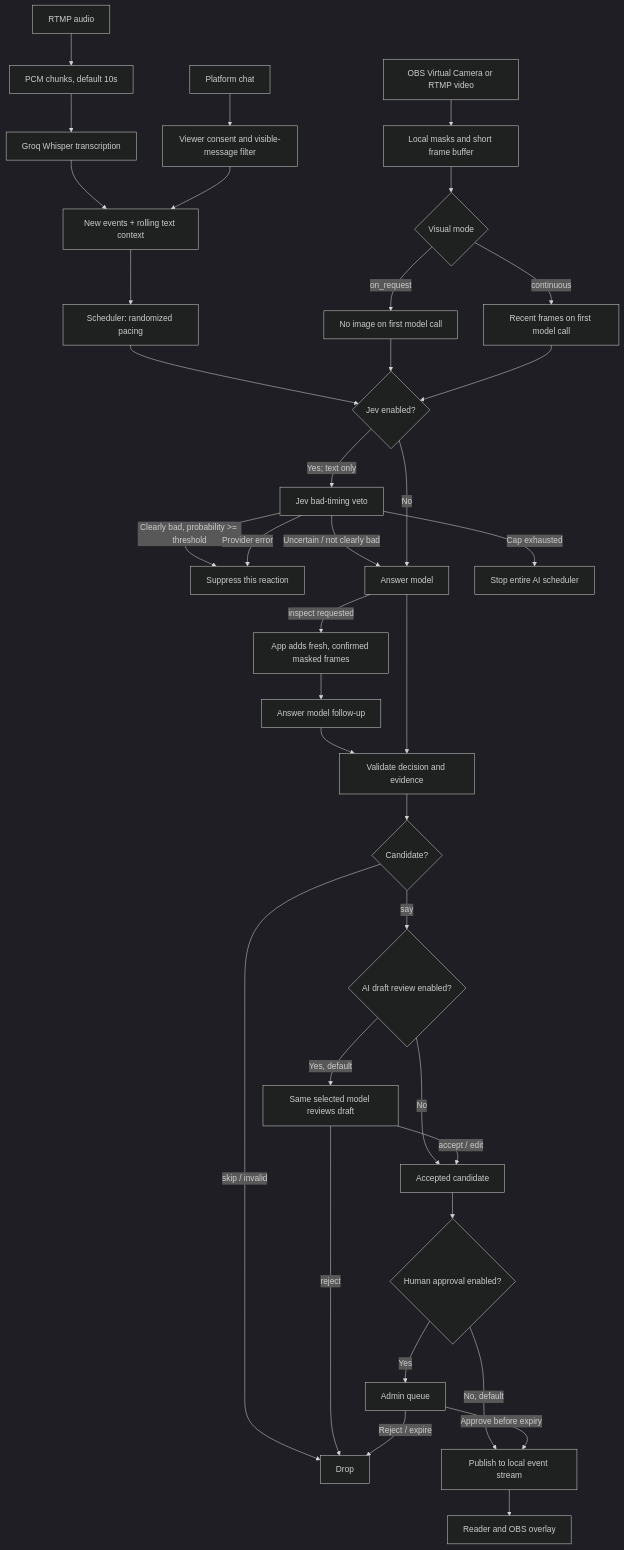
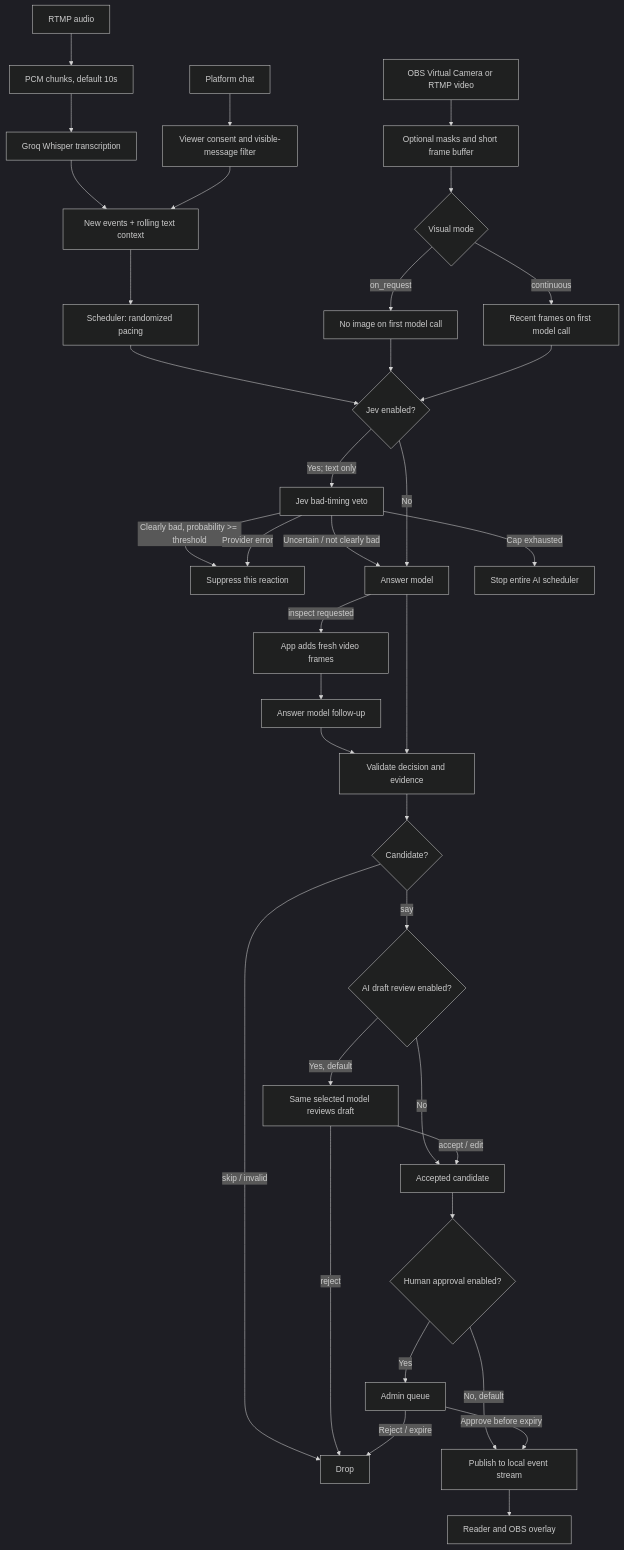
One commit to lllllrad/ai-fake-viewer changed the diagram in AI_FLOW.md. Above: the diagram before and after it, drawn with Mermaid (dark theme). The commit also changed other lines of this file and 20 other files, not shown here.

````diff
--- a/AI_FLOW.md
+++ b/AI_FLOW.md
@@ -15,39 +15,39 @@
 ```mermaid
 flowchart TD
   A[RTMP audio] --> B[PCM chunks, default 10s]
   B --> C[Groq Whisper transcription]
   D[Platform chat] --> E[Viewer consent and visible-message filter]
   C --> F[New events + rolling text context]
   E --> F
-  G[OBS Virtual Camera or RTMP video] --> H[Local masks and short frame buffer]
+  G[OBS Virtual Camera or RTMP video] --> H[Optional masks and short frame buffer]
   F --> I[Scheduler: randomized pacing]
   H --> J{Visual mode}
   J -->|on_request| K[No image on first model call]
   J -->|continuous| L[Recent frames on first model call]
   I --> M{Jev enabled?}
   K --> M
   L --> M
   M -->|Yes; text only| N[Jev bad-timing veto]
   N -->|Clearly bad, probability >= threshold| O[Suppress this reaction]
   N -->|Uncertain / not clearly bad| P[Answer model]
   N -->|Provider error| O
   N -->|Cap exhausted| Q[Stop entire AI scheduler]
   M -->|No| P
-  P -->|inspect requested| R[App adds fresh, confirmed masked frames]
+  P -->|inspect requested| R[App adds fresh video frames]
   R --> S[Answer model follow-up]
   S --> T[Validate decision and evidence]
   P --> T
   T --> U{Candidate?}
   U -->|skip / invalid| V[Drop]
   U -->|say| W{AI draft review enabled?}
   W -->|Yes, default| X[Same selected model reviews draft]
   W -->|No| Y[Accepted candidate]
   X -->|reject| V
   X -->|accept / edit| Y
   Y --> Z{Human approval enabled?}
   Z -->|Yes| AA[Admin queue]
   Z -->|No, default| AB[Publish to local event stream]
   AA -->|Approve before expiry| AB
   AA -->|Reject / expire| V
   AB --> AC[Reader and OBS overlay]
 ```
````
